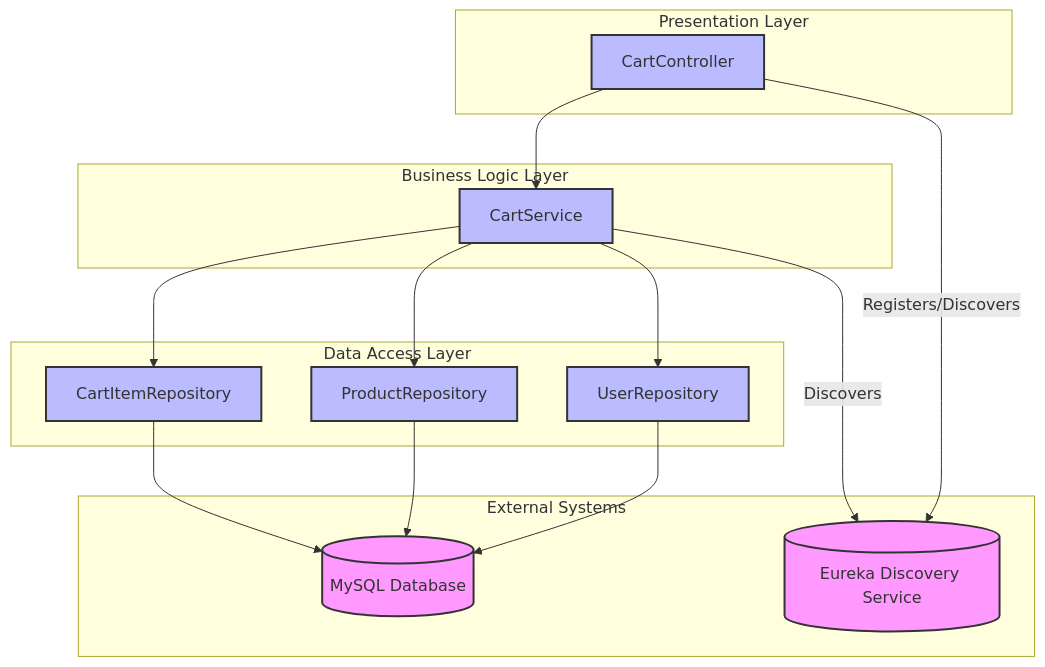
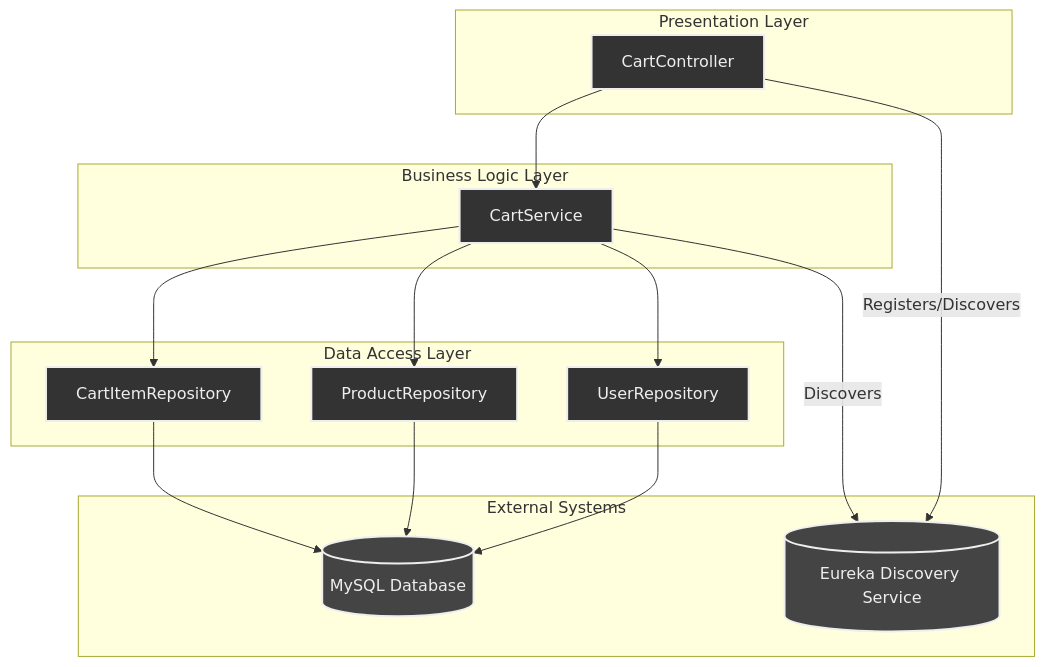
The diagram in README.md (ACHYUTH-S-11/GenC-Repo1), drawn with Mermaid before and after one commit.

````diff
--- a/README.md
+++ b/README.md
@@ -24,43 +24,43 @@
 ```mermaid
 graph TD
     subgraph "Presentation Layer"
         CartController[CartController]
     end
 
     subgraph "Business Logic Layer"
         CartService[CartService]
     end
 
     subgraph "Data Access Layer"
         CartItemRepository[CartItemRepository]
         ProductRepository[ProductRepository]
         UserRepository[UserRepository]
     end
 
     subgraph "External Systems"
         MySQL[(MySQL Database)]
         Eureka[(Eureka Discovery Service)]
     end
 
     CartController --> CartService
     CartService --> CartItemRepository
     CartService --> ProductRepository
     CartService --> UserRepository
     CartItemRepository --> MySQL
     ProductRepository --> MySQL
     UserRepository --> MySQL
 
     CartController -- Registers/Discovers --> Eureka
     CartService -- Discovers --> Eureka
 
     %% Optional: Styles for better visual separation (might not render in all GitHub viewers)
     %% Some GitHub Markdown viewers might not support advanced styling directly within the code block.
     %% If these styles don't render, the basic connections will still be clear.
-    style CartController fill:#bbf,stroke:#333,stroke-width:2px
-    style CartService fill:#bbf,stroke:#333,stroke-width:2px
-    style CartItemRepository fill:#bbf,stroke:#333,stroke-width:2px
-    style ProductRepository fill:#bbf,stroke:#333,stroke-width:2px
-    style UserRepository fill:#bbf,stroke:#333,stroke-width:2px
-    style MySQL fill:#f9f,stroke:#333,stroke-width:2px
-    style Eureka fill:#f9f,stroke:#333,stroke-width:2px
+    style CartController fill:#333,stroke:#eee,stroke-width:2px,color:#eee
+    style CartService fill:#333,stroke:#eee,stroke-width:2px,color:#eee
+    style CartItemRepository fill:#333,stroke:#eee,stroke-width:2px,color:#eee
+    style ProductRepository fill:#333,stroke:#eee,stroke-width:2px,color:#eee
+    style UserRepository fill:#333,stroke:#eee,stroke-width:2px,color:#eee
+    style MySQL fill:#444,stroke:#eee,stroke-width:2px,color:#eee
+    style Eureka fill:#444,stroke:#eee,stroke-width:2px,color:#eee
 ```
````
